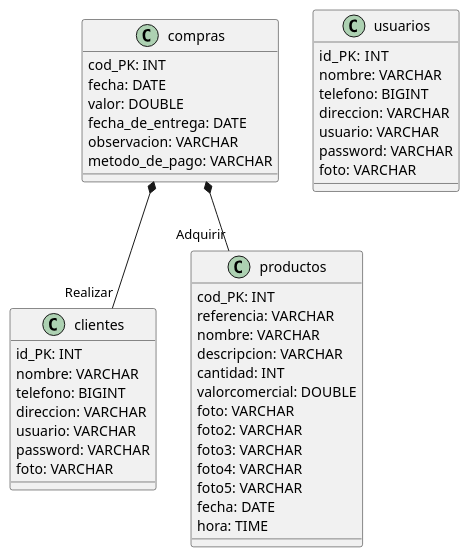
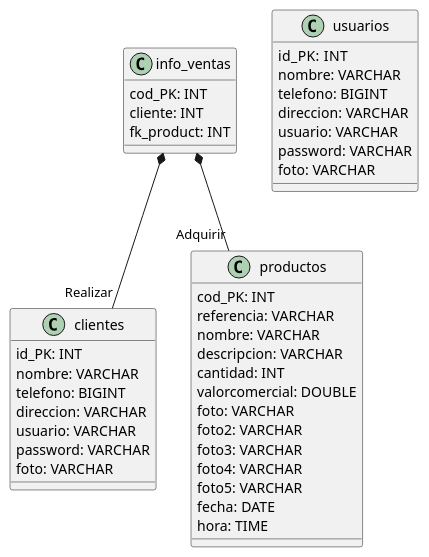
The diagram in Mapasdenavegación/Diseño_basededatos.wsd (equipode/Tu_casa_ciclista), drawn with PlantUML before and after one commit. The commit also changed 1 other file, not shown here.

```diff
--- a/Mapasdenavegación/Diseño_basededatos.wsd
+++ b/Mapasdenavegación/Diseño_basededatos.wsd
@@ -1,52 +1,50 @@
 @startuml Tienda_ciclista
 
 Class clientes{
    id_PK: INT 
    nombre: VARCHAR 
    telefono: BIGINT
    direccion: VARCHAR
    usuario: VARCHAR
    password: VARCHAR
    foto: VARCHAR
 }
 
 Class productos{
    cod_PK: INT 
    referencia: VARCHAR
    nombre: VARCHAR
    descripcion: VARCHAR
    cantidad: INT
    valorcomercial: DOUBLE
    foto: VARCHAR
    foto2: VARCHAR
    foto3: VARCHAR
    foto4: VARCHAR
    foto5: VARCHAR
    fecha: DATE 
    hora: TIME 
 }
 
-Class compras{
-    cod_PK: INT
-    fecha: DATE
-    valor: DOUBLE
-    fecha_de_entrega: DATE
-    observacion: VARCHAR
-    metodo_de_pago: VARCHAR
+Class info_ventas{
+   cod_PK: INT
+   cliente: INT
+   fk_product: INT
+   
 }
 
 Class usuarios{
    id_PK:  INT 
    nombre: VARCHAR 
    telefono: BIGINT
    direccion: VARCHAR
    usuario: VARCHAR
    password: VARCHAR
    foto: VARCHAR
 }
 
 
-compras  *-- "Realizar" clientes
-compras  *-- "Adquirir" productos
+info_ventas *-- "Realizar" clientes
+info_ventas  *-- "Adquirir" productos
 
 @enduml
```
